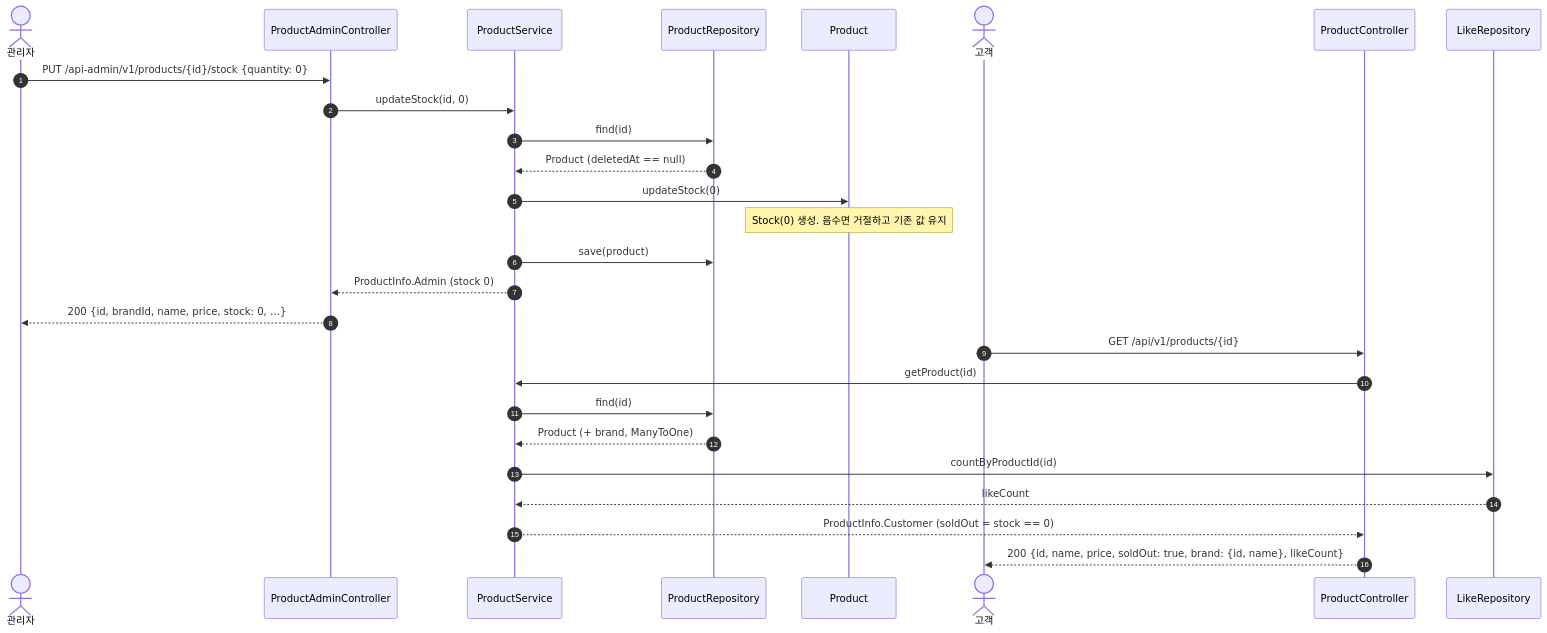
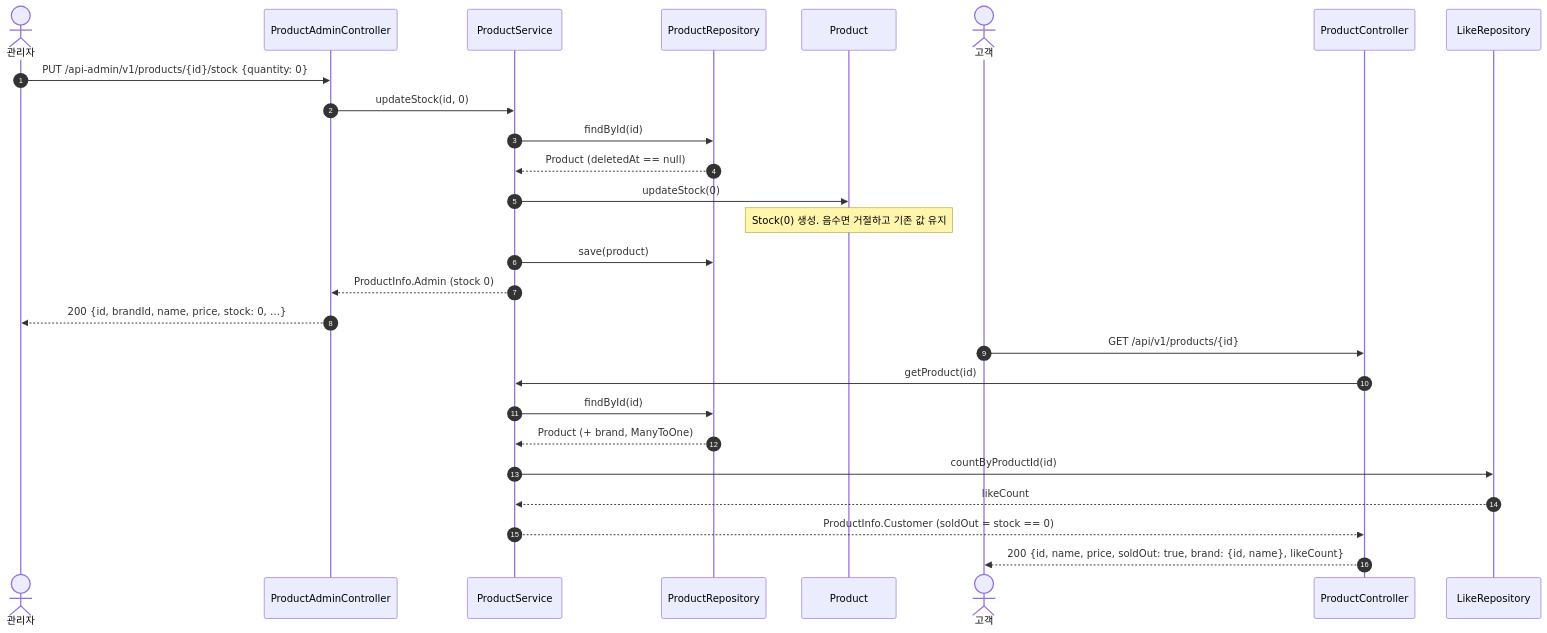
The third of 3 diagrams in docs/design/catalog.md (giwankim/loop-pack-be-l2-vol5-kotlin), drawn with Mermaid before and after one commit. The commit also changed 1 other file, not shown here.

Commit message:
docs(catalog): rename the repository lookup to findById in the design and ADR 0001
- update the stock change and product detail sequence diagrams to call findById on the product repository
- name findById instead of find as an example of a port method that only asks whether a row exists in ADR 0001

````diff
--- a/docs/design/catalog.md
+++ b/docs/design/catalog.md
@@ -134,31 +134,31 @@
 ```mermaid
 sequenceDiagram
     autonumber
     actor Admin as 관리자
     participant AC as ProductAdminController
     participant PF as ProductService
     participant PR as ProductRepository
     participant P as Product
     actor Customer as 고객
     participant CC as ProductController
     participant LR as LikeRepository
 
     Admin->>AC: PUT /api-admin/v1/products/{id}/stock {quantity: 0}
     AC->>PF: updateStock(id, 0)
-    PF->>PR: find(id)
+    PF->>PR: findById(id)
     PR-->>PF: Product (deletedAt == null)
     PF->>P: updateStock(0)
     Note over P: Stock(0) 생성. 음수면 거절하고 기존 값 유지
     PF->>PR: save(product)
     PF-->>AC: ProductInfo.Admin (stock 0)
     AC-->>Admin: 200 {id, brandId, name, price, stock: 0, …}
 
     Customer->>CC: GET /api/v1/products/{id}
     CC->>PF: getProduct(id)
-    PF->>PR: find(id)
+    PF->>PR: findById(id)
     PR-->>PF: Product (+ brand, ManyToOne)
     PF->>LR: countByProductId(id)
     LR-->>PF: likeCount
     PF-->>CC: ProductInfo.Customer (soldOut = stock == 0)
     CC-->>Customer: 200 {id, name, price, soldOut: true, brand: {id, name}, likeCount}
 ```
````
